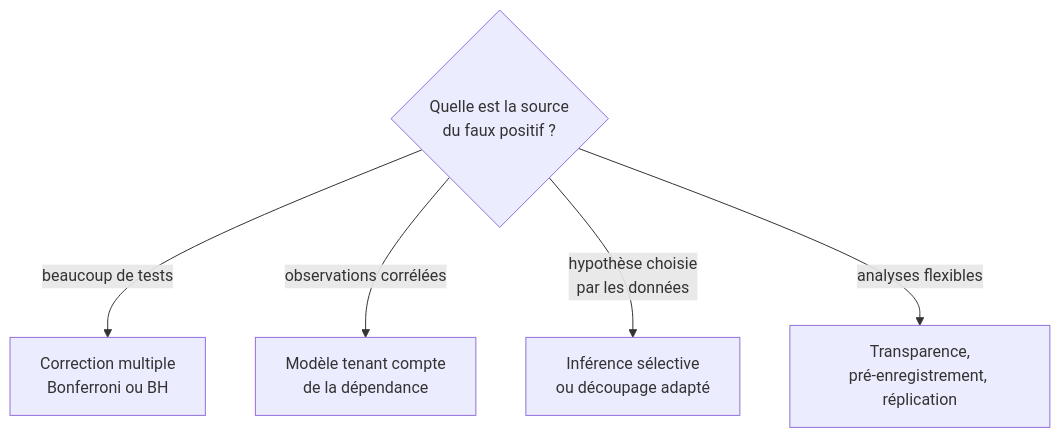
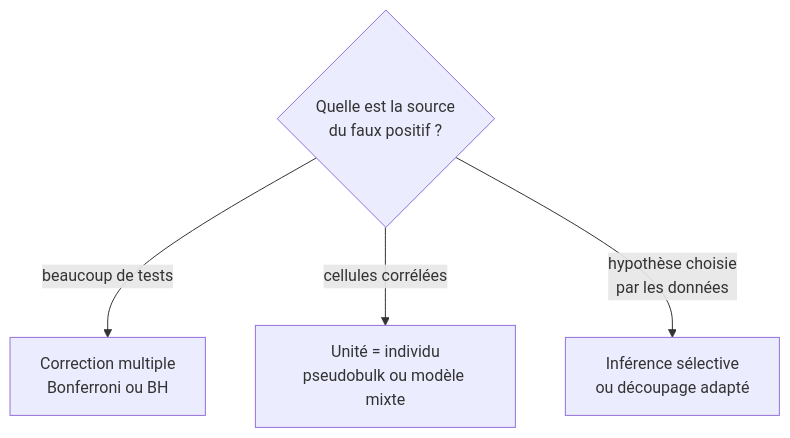
The seventh of 7 diagrams in Notes/Mini-cours/cours-erreur-type-1.md (aristidinahfaifa-afk/Projet_methodo), drawn with Mermaid before and after one commit. The commit also changed other lines of this file and 19 other files, not shown here.

````diff
--- a/Notes/Mini-cours/cours-erreur-type-1.md
+++ b/Notes/Mini-cours/cours-erreur-type-1.md
@@ -8247,7 +11726,6 @@
 ```mermaid
 flowchart TB
     Q{"Quelle est la source<br/>du faux positif ?"} -->|"beaucoup de tests"| A["Correction multiple<br/>Bonferroni ou BH"]
-    Q -->|"observations corrélées"| B["Modèle tenant compte<br/>de la dépendance"]
+    Q -->|"cellules corrélées"| B["Unité = individu<br/>pseudobulk ou modèle mixte"]
     Q -->|"hypothèse choisie<br/>par les données"| C["Inférence sélective<br/>ou découpage adapté"]
-    Q -->|"analyses flexibles"| D["Transparence,<br/>pré-enregistrement, réplication"]
 ```
````
